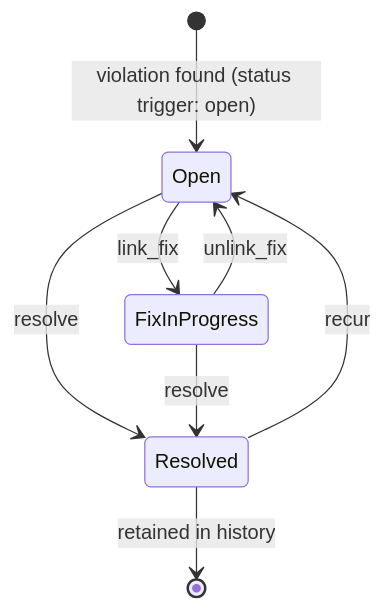
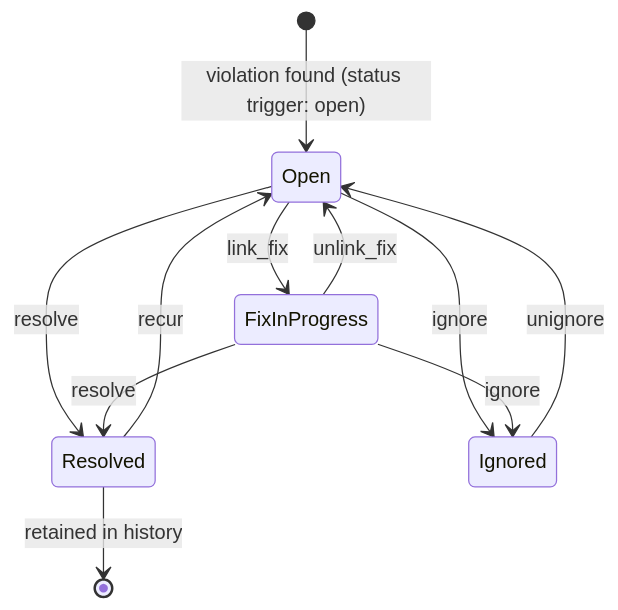
The third of 5 diagrams in docs/state-machines.md (TheoGoudout/greensecops), drawn with Mermaid before and after one commit. The commit also changed other lines of this file and 24 other files, not shown here.

````diff
--- a/docs/state-machines.md
+++ b/docs/state-machines.md
@@ -169,10 +190,13 @@
 ```mermaid
 stateDiagram-v2
     [*] --> Open: violation found (status trigger: open)
     Open --> FixInProgress: link_fix
     FixInProgress --> Open: unlink_fix
     Open --> Resolved: resolve
     FixInProgress --> Resolved: resolve
     Resolved --> Open: recur
+    Open --> Ignored: ignore
+    FixInProgress --> Ignored: ignore
+    Ignored --> Open: unignore
     Resolved --> [*]: retained in history
 ```
````
